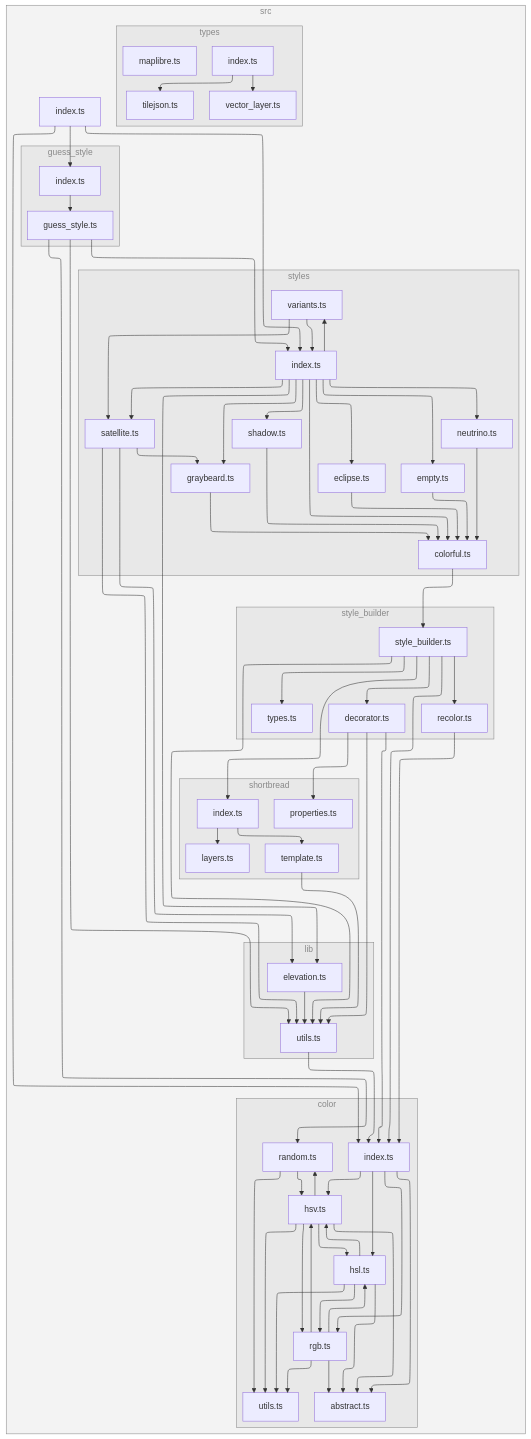
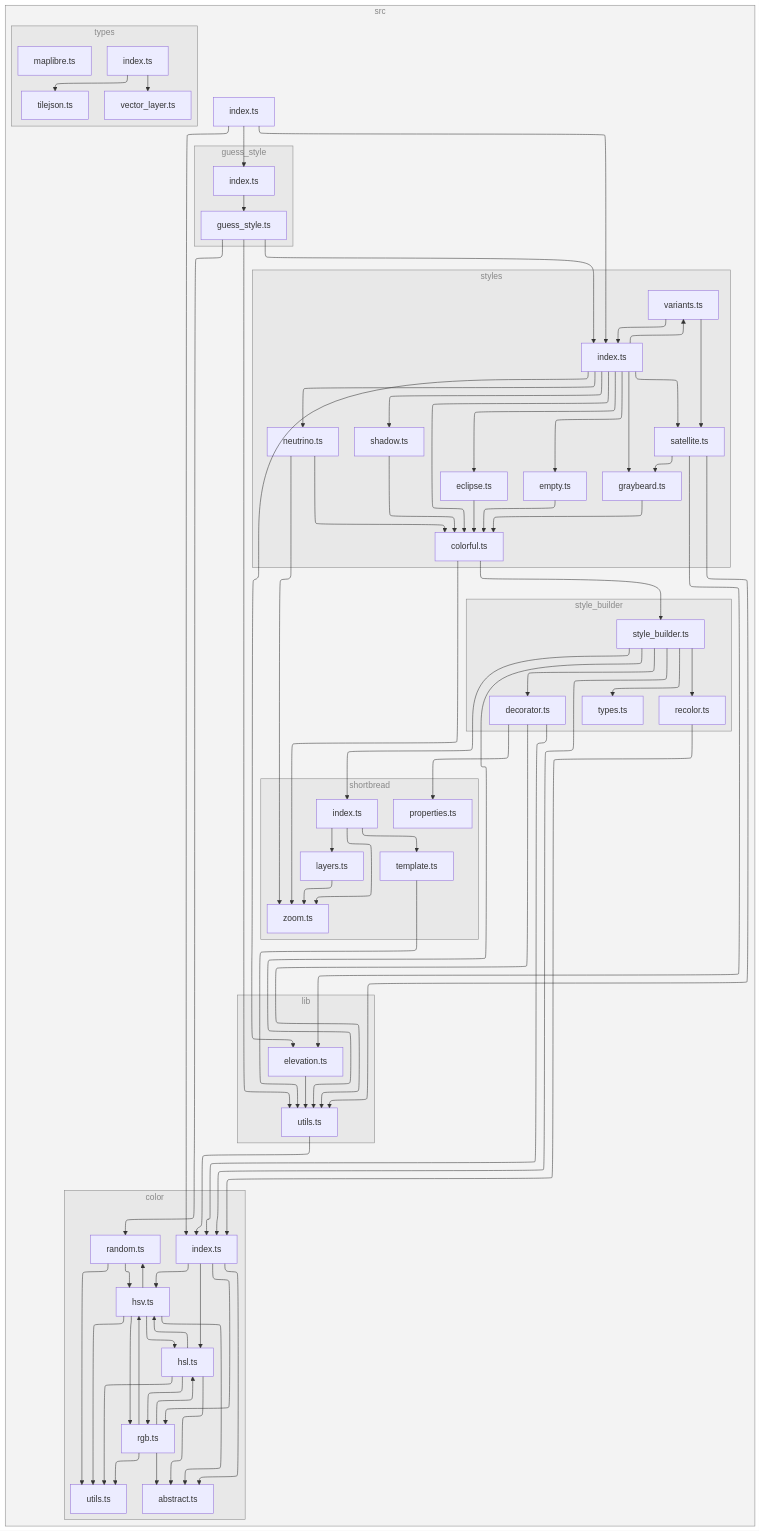
One commit to versatiles-org/versatiles-style changed the diagram in README.md. Above: the diagram before and after it, drawn with Mermaid. The commit also changed 6 other files, not shown here.

````diff
--- a/README.md
+++ b/README.md
@@ -167,7 +167,7 @@
 end
 subgraph 9["guess_style"]
 A["guess_style.ts"]
-Y["index.ts"]
+Z["index.ts"]
 end
 subgraph B["lib"]
 C["utils.ts"]
@@ -176,32 +176,33 @@
 subgraph D["styles"]
 E["index.ts"]
 G["colorful.ts"]
-R["eclipse.ts"]
-S["empty.ts"]
-T["graybeard.ts"]
-U["neutrino.ts"]
-V["satellite.ts"]
-W["shadow.ts"]
-X["variants.ts"]
+S["eclipse.ts"]
+T["empty.ts"]
+U["graybeard.ts"]
+V["neutrino.ts"]
+W["satellite.ts"]
+X["shadow.ts"]
+Y["variants.ts"]
 end
-subgraph H["style_builder"]
-I["style_builder.ts"]
-N["decorator.ts"]
-P["recolor.ts"]
-Q["types.ts"]
+subgraph H["shortbread"]
+I["zoom.ts"]
+L["index.ts"]
+M["layers.ts"]
+N["template.ts"]
+P["properties.ts"]
 end
-subgraph J["shortbread"]
-K["index.ts"]
-L["layers.ts"]
-M["template.ts"]
-O["properties.ts"]
+subgraph J["style_builder"]
+K["style_builder.ts"]
+O["decorator.ts"]
+Q["recolor.ts"]
+R["types.ts"]
 end
-Z["index.ts"]
-subgraph 10["types"]
-11["index.ts"]
-12["tilejson.ts"]
-13["vector_layer.ts"]
-14["maplibre.ts"]
+10["index.ts"]
+subgraph 11["types"]
+12["index.ts"]
+13["tilejson.ts"]
+14["vector_layer.ts"]
+15["maplibre.ts"]
 end
 end
 3-->2
@@ -229,45 +230,49 @@
 C-->8
 E-->F
 E-->G
-E-->R
 E-->S
 E-->T
 E-->U
 E-->V
 E-->W
 E-->X
+E-->Y
 F-->C
 G-->I
-I-->8
-I-->C
-I-->K
-I-->N
-I-->P
-I-->Q
+G-->K
+K-->8
+K-->C
 K-->L
-K-->M
-M-->C
-N-->8
+K-->O
+K-->Q
+K-->R
+L-->M
+L-->N
+L-->I
+M-->I
 N-->C
-N-->O
-P-->8
-R-->G
+O-->8
+O-->C
+O-->P
+Q-->8
 S-->G
 T-->G
 U-->G
-V-->F
-V-->C
-V-->T
-W-->G
-X-->E
-X-->V
-Y-->A
-Z-->8
-Z-->Y
-Z-->E
-11-->12
-11-->13
+V-->I
+V-->G
+W-->F
+W-->C
+W-->U
+X-->G
+Y-->E
+Y-->W
+Z-->A
+10-->8
+10-->Z
+10-->E
+12-->13
+12-->14
 
-class 0,1,9,B,D,H,J,10 subgraphs;
+class 0,1,9,B,D,H,J,11 subgraphs;
 classDef subgraphs fill-opacity:0.1, fill:#888, color:#888, stroke:#888;
 ```
````
